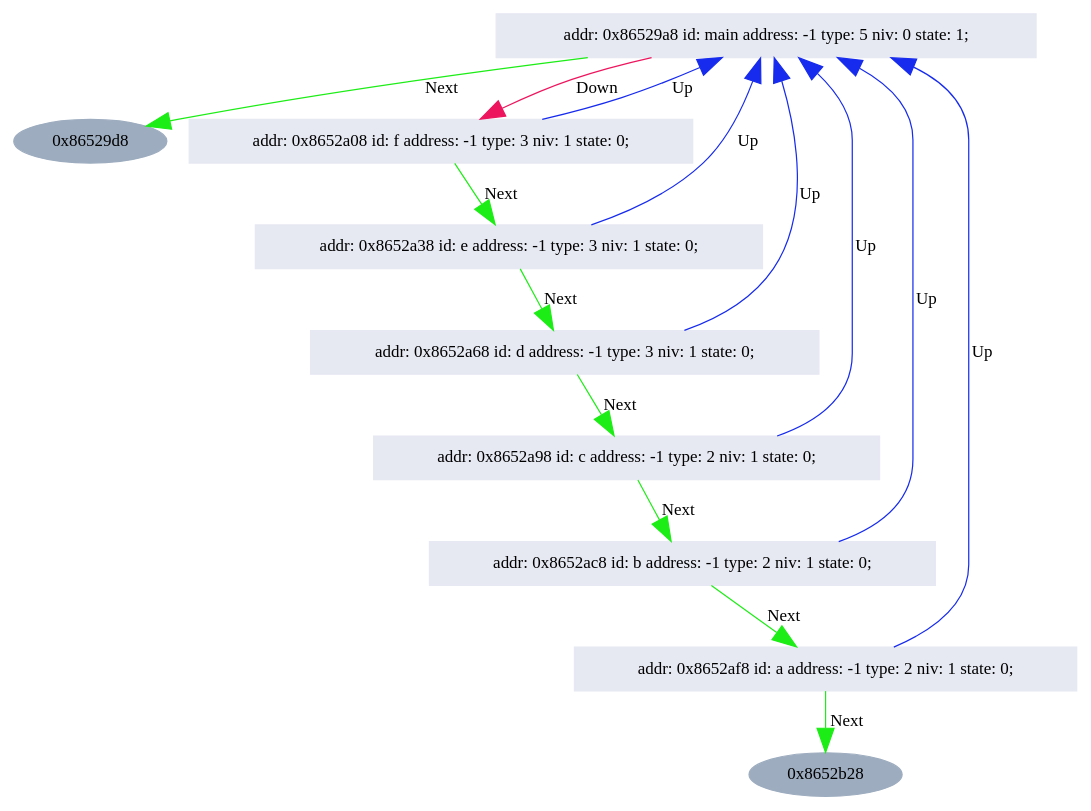
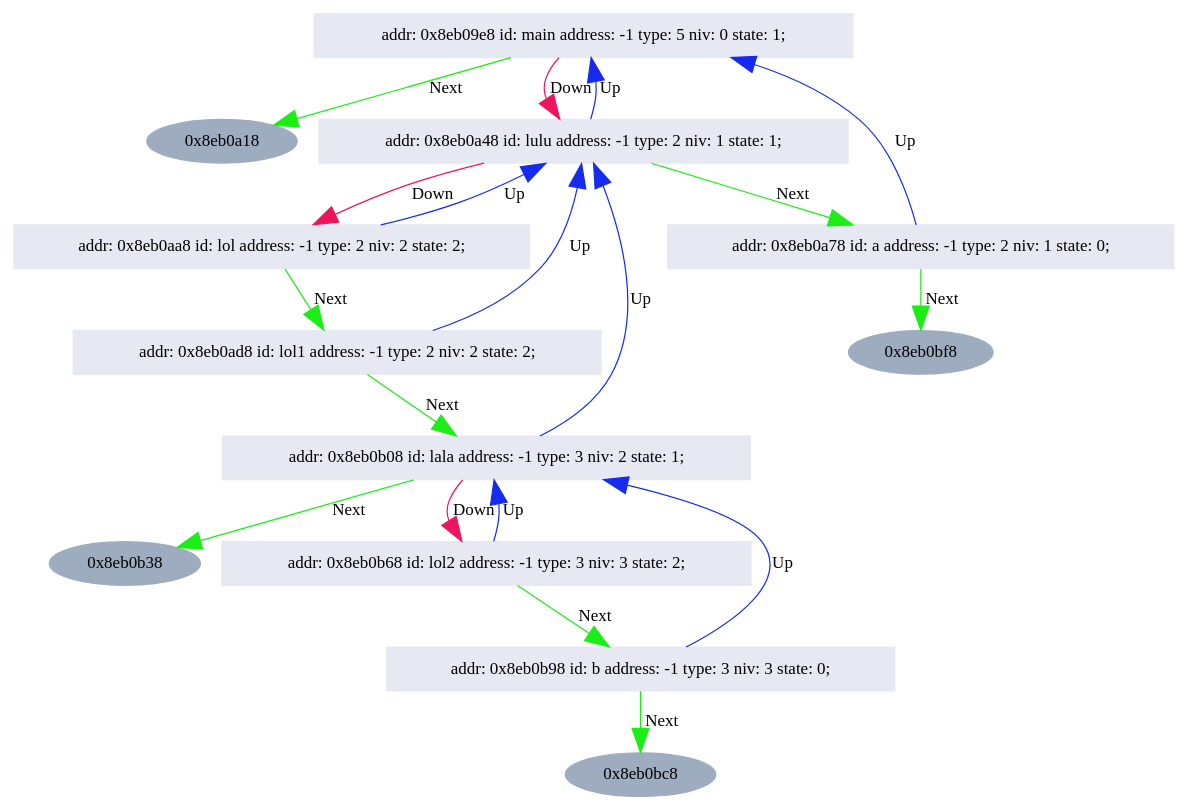
Before and after one commit to w0lf3011/13-lsd12: the diagram in lsd12/code/TabSymGraph.dot, drawn with Graphviz. The commit also changed 12 other files, not shown here.

```diff
--- a/lsd12/code/TabSymGraph.dot
+++ b/lsd12/code/TabSymGraph.dot
@@ -1,30 +1,45 @@
 //dot -Tjpg -oArbreGraph.jpg ArbreGraph.dot
 digraph LSD12{
 	bgcolor=white
 	node [color="#9DACBF", fontcolor="#000000", style=filled];
 	edge [arrowsize=2, color="#000000"];
 
 // A remplacer avec ce qu'il y a entre ";*** BEGIN printTreeGraphViz(..) +locations ***" et ";*** END printTreeGraphViz(..) +locations ***"
 
-"0x86529a8"[shape=box, color="#e6e8f2", fontcolor="#000000",label="addr: 0x86529a8 id: main address: -1 type: 5 niv: 0 state: 1;"];
-"0x86529a8" -> "0x86529d8" [color="#1DED16", label="Next"];
-"0x86529a8" -> "0x8652a08"[color="#ED165E", label="Down"];
-"0x8652a08"[shape=box, color="#e6e8f2", fontcolor="#000000",label="addr: 0x8652a08 id: f address: -1 type: 3 niv: 1 state: 0;"];
-"0x8652a08" -> "0x8652a38" [color="#1DED16", label="Next"];
-"0x8652a08" -> "0x86529a8"[color="#162BED", label="Up"];
-"0x8652a38"[shape=box, color="#e6e8f2", fontcolor="#000000",label="addr: 0x8652a38 id: e address: -1 type: 3 niv: 1 state: 0;"];
-"0x8652a38" -> "0x8652a68" [color="#1DED16", label="Next"];
-"0x8652a38" -> "0x86529a8"[color="#162BED", label="Up"];
-"0x8652a68"[shape=box, color="#e6e8f2", fontcolor="#000000",label="addr: 0x8652a68 id: d address: -1 type: 3 niv: 1 state: 0;"];
-"0x8652a68" -> "0x8652a98" [color="#1DED16", label="Next"];
-"0x8652a68" -> "0x86529a8"[color="#162BED", label="Up"];
-"0x8652a98"[shape=box, color="#e6e8f2", fontcolor="#000000",label="addr: 0x8652a98 id: c address: -1 type: 2 niv: 1 state: 0;"];
-"0x8652a98" -> "0x8652ac8" [color="#1DED16", label="Next"];
-"0x8652a98" -> "0x86529a8"[color="#162BED", label="Up"];
-"0x8652ac8"[shape=box, color="#e6e8f2", fontcolor="#000000",label="addr: 0x8652ac8 id: b address: -1 type: 2 niv: 1 state: 0;"];
-"0x8652ac8" -> "0x8652af8" [color="#1DED16", label="Next"];
-"0x8652ac8" -> "0x86529a8"[color="#162BED", label="Up"];
-"0x8652af8"[shape=box, color="#e6e8f2", fontcolor="#000000",label="addr: 0x8652af8 id: a address: -1 type: 2 niv: 1 state: 0;"];
-"0x8652af8" -> "0x8652b28" [color="#1DED16", label="Next"];
-"0x8652af8" -> "0x86529a8"[color="#162BED", label="Up"];
+"0x8eb09e8";
+"0x8eb09e8"[shape=box, color="#e6e8f2", fontcolor="#000000",label="addr: 0x8eb09e8 id: main address: -1 type: 5 niv: 0 state: 1;"];
+"0x8eb09e8" -> "0x8eb0a18" [color="#1DED16", label="Next"];
+"0x8eb09e8" -> "0x8eb0a48"[color="#ED165E", label="Down"];
+"0x8eb0a48";
+"0x8eb0a48"[shape=box, color="#e6e8f2", fontcolor="#000000",label="addr: 0x8eb0a48 id: lulu address: -1 type: 2 niv: 1 state: 1;"];
+"0x8eb0a48" -> "0x8eb0a78" [color="#1DED16", label="Next"];
+"0x8eb0a48" -> "0x8eb0aa8"[color="#ED165E", label="Down"];
+"0x8eb0a48" -> "0x8eb09e8"[color="#162BED", label="Up"];
+"0x8eb0aa8";
+"0x8eb0aa8"[shape=box, color="#e6e8f2", fontcolor="#000000",label="addr: 0x8eb0aa8 id: lol address: -1 type: 2 niv: 2 state: 2;"];
+"0x8eb0aa8" -> "0x8eb0ad8" [color="#1DED16", label="Next"];
+"0x8eb0aa8" -> "0x8eb0a48"[color="#162BED", label="Up"];
+"0x8eb0ad8";
+"0x8eb0ad8"[shape=box, color="#e6e8f2", fontcolor="#000000",label="addr: 0x8eb0ad8 id: lol1 address: -1 type: 2 niv: 2 state: 2;"];
+"0x8eb0ad8" -> "0x8eb0b08" [color="#1DED16", label="Next"];
+"0x8eb0ad8" -> "0x8eb0a48"[color="#162BED", label="Up"];
+"0x8eb0b08";
+"0x8eb0b08"[shape=box, color="#e6e8f2", fontcolor="#000000",label="addr: 0x8eb0b08 id: lala address: -1 type: 3 niv: 2 state: 1;"];
+"0x8eb0b08" -> "0x8eb0b38" [color="#1DED16", label="Next"];
+"0x8eb0b08" -> "0x8eb0b68"[color="#ED165E", label="Down"];
+"0x8eb0b08" -> "0x8eb0a48"[color="#162BED", label="Up"];
+"0x8eb0b68";
+"0x8eb0b68"[shape=box, color="#e6e8f2", fontcolor="#000000",label="addr: 0x8eb0b68 id: lol2 address: -1 type: 3 niv: 3 state: 2;"];
+"0x8eb0b68" -> "0x8eb0b98" [color="#1DED16", label="Next"];
+"0x8eb0b68" -> "0x8eb0b08"[color="#162BED", label="Up"];
+"0x8eb0b98";
+"0x8eb0b98"[shape=box, color="#e6e8f2", fontcolor="#000000",label="addr: 0x8eb0b98 id: b address: -1 type: 3 niv: 3 state: 0;"];
+"0x8eb0b98" -> "0x8eb0bc8" [color="#1DED16", label="Next"];
+"0x8eb0b98" -> "0x8eb0b08"[color="#162BED", label="Up"];
+"0x8eb0a78";
+"0x8eb0a78"[shape=box, color="#e6e8f2", fontcolor="#000000",label="addr: 0x8eb0a78 id: a address: -1 type: 2 niv: 1 state: 0;"];
+"0x8eb0a78" -> "0x8eb0bf8" [color="#1DED16", label="Next"];
+"0x8eb0a78" -> "0x8eb09e8"[color="#162BED", label="Up"];
+
+
 }
```
